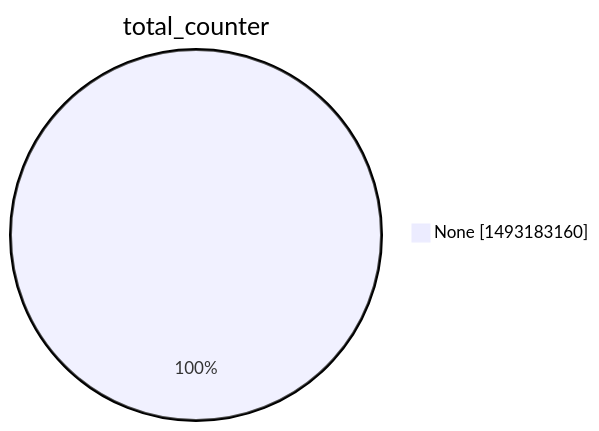
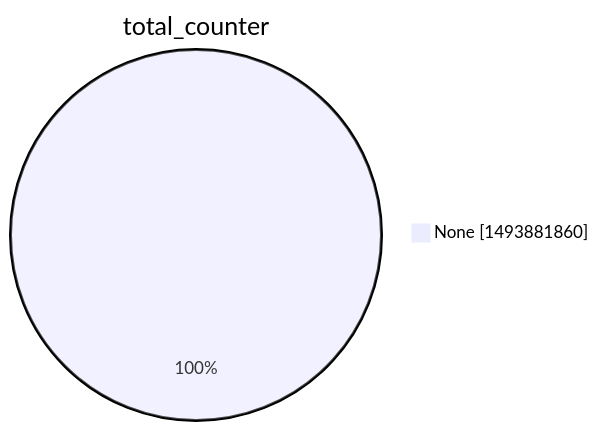
One commit to christiankrug/ctmonitor_visualization changed the second of 15 diagrams in argon2022/README.md. Above: the diagram before and after it, drawn with Mermaid. The commit also changed other lines of this file, not shown here.

````diff
--- a/argon2022/README.md
+++ b/argon2022/README.md
@@ -9,5 +9,5 @@
 ```mermaid
 pie showData
 title total_counter
-"None" :1493183160
+"None" :1493881860
 ```
````
